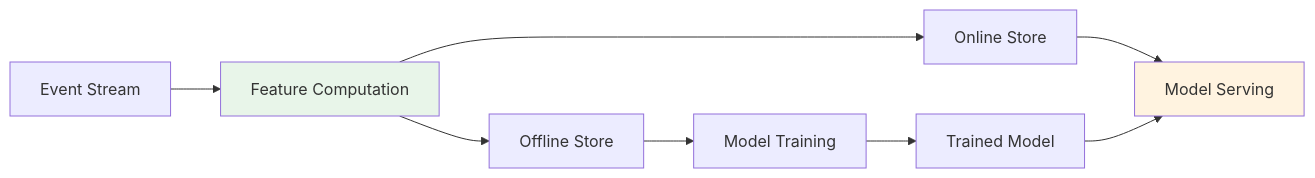
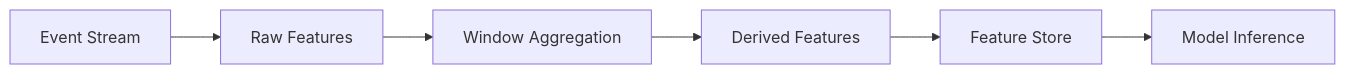
Before and after one commit to AdaMartin18010/AnalysisDataFlow: the diagram in en/pattern-realtime-feature-engineering.md, drawn with Mermaid. The commit also changed other lines of this file and 78 other files, not shown here.

````diff
--- a/en/pattern-realtime-feature-engineering.md
+++ b/en/pattern-realtime-feature-engineering.md
@@ -72,13 +103,8 @@
 ```mermaid
 graph LR
-    A[Event Stream] --> B[Feature Computation]
-    B --> C[Online Store]
-    B --> D[Offline Store]
-    C --> E[Model Serving]
-    D --> F[Model Training]
-    F --> G[Trained Model]
-    G --> E
-    
-    style B fill:#e8f5e9
-    style E fill:#fff3e0
+    A[Event Stream] --> B[Raw Features]
+    B --> C[Window Aggregation]
+    C --> D[Derived Features]
+    D --> E[Feature Store]
+    E --> F[Model Inference]
 ```
````
